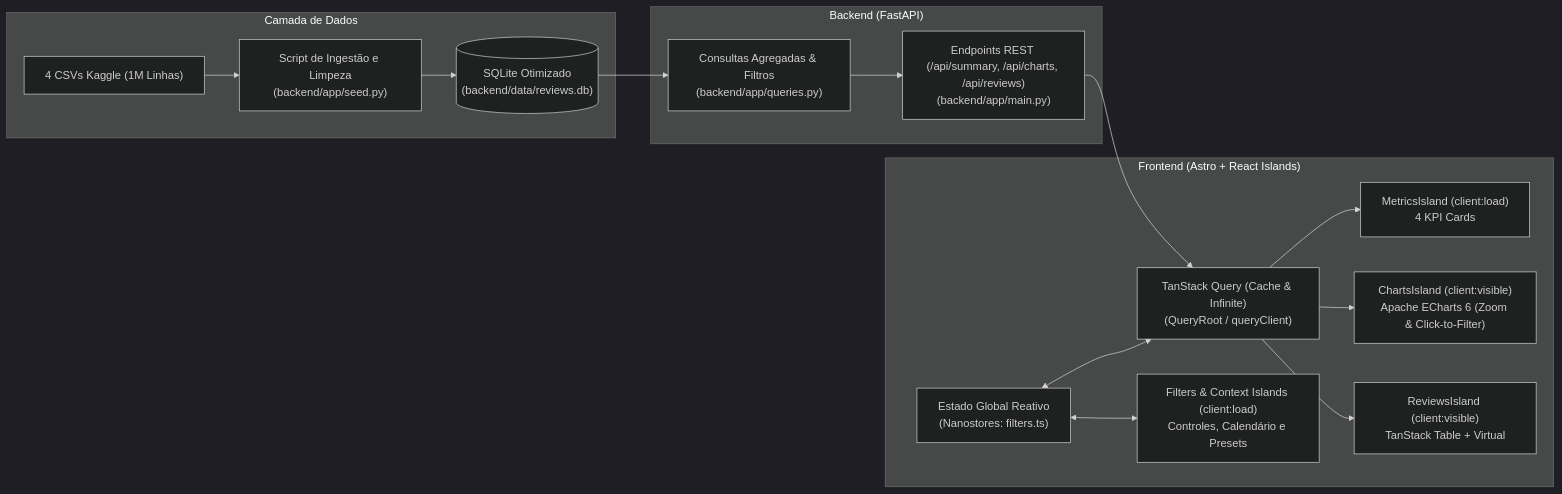
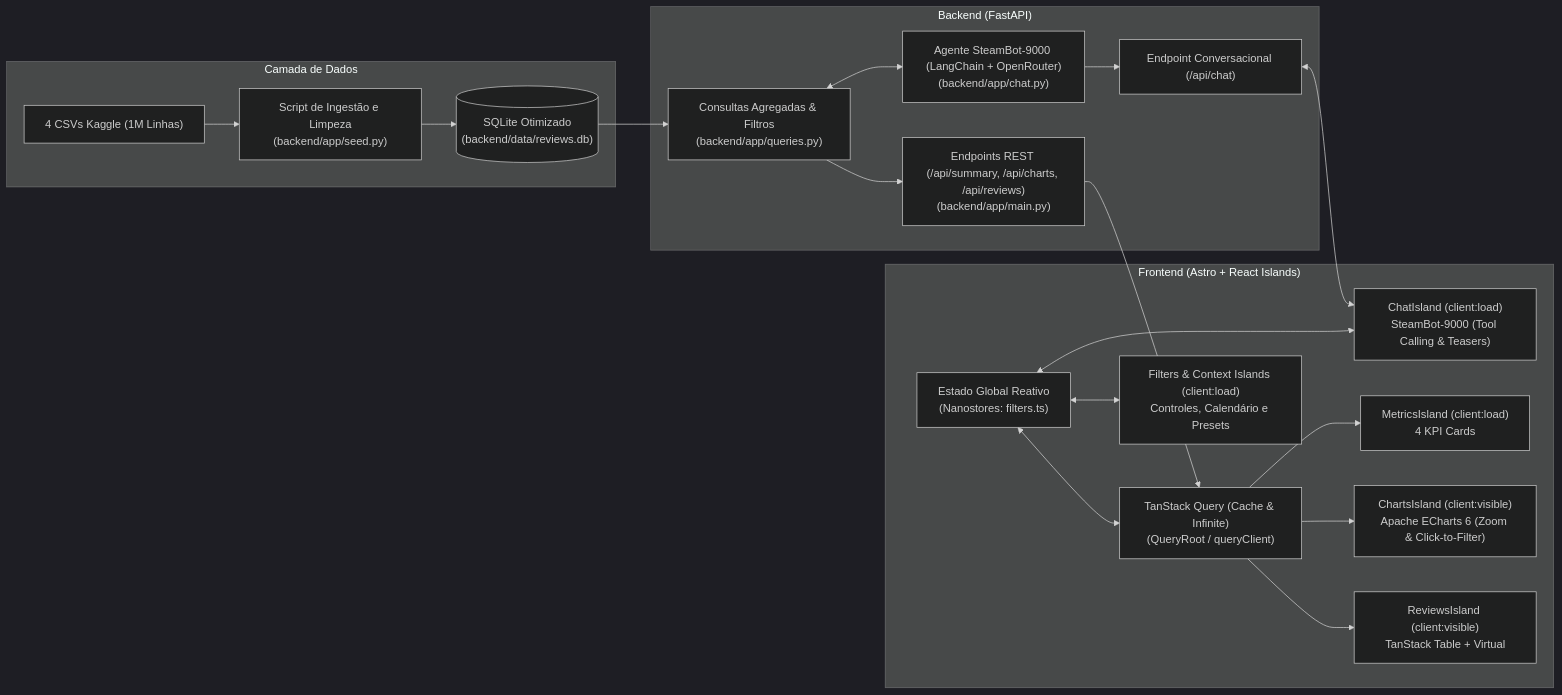
One commit to EmersonPalatti/game-review-dashboard changed the first of 4 diagrams in README.md. Above: the diagram before and after it, drawn with Mermaid (dark theme). The commit also changed other lines of this file and 11 other files, not shown here.

Commit message:
feat(chat): implement SteamBot-9000 AI analyst with kinetic animations and bidirectional co-pilot

````diff
--- a/README.md
+++ b/README.md
@@ -62,21 +66,25 @@
 ```mermaid
 flowchart LR
     subgraph Dados ["Camada de Dados"]
         CSV["4 CSVs Kaggle (1M Linhas)"] --> SEED["Script de Ingestão e Limpeza\n(backend/app/seed.py)"]
         SEED --> SQLITE[("SQLite Otimizado\n(backend/data/reviews.db)")]
     end
 
     subgraph Backend ["Backend (FastAPI)"]
         SQLITE --> REPO["Consultas Agregadas & Filtros\n(backend/app/queries.py)"]
         REPO --> API["Endpoints REST (/api/summary, /api/charts, /api/reviews)\n(backend/app/main.py)"]
+        REPO <--> AGENT["Agente SteamBot-9000 (LangChain + OpenRouter)\n(backend/app/chat.py)"]
+        AGENT --> CHAT_API["Endpoint Conversacional (/api/chat)"]
     end
 
     subgraph Frontend ["Frontend (Astro + React Islands)"]
         API --> QUERY["TanStack Query (Cache & Infinite)\n(QueryRoot / queryClient)"]
+        CHAT_API <--> CHAT_ISLAND["ChatIsland (client:load)\nSteamBot-9000 (Tool Calling & Teasers)"]
         STORE["Estado Global Reativo\n(Nanostores: filters.ts)"] <--> QUERY
+        STORE <--> CHAT_ISLAND
         STORE <--> FILTERS["Filters & Context Islands (client:load)\nControles, Calendário e Presets"]
         QUERY --> KPIS["MetricsIsland (client:load)\n4 KPI Cards"]
         QUERY --> CHARTS["ChartsIsland (client:visible)\nApache ECharts 6 (Zoom & Click-to-Filter)"]
         QUERY --> TABLE["ReviewsIsland (client:visible)\nTanStack Table + Virtual"]
     end
 ```
````
